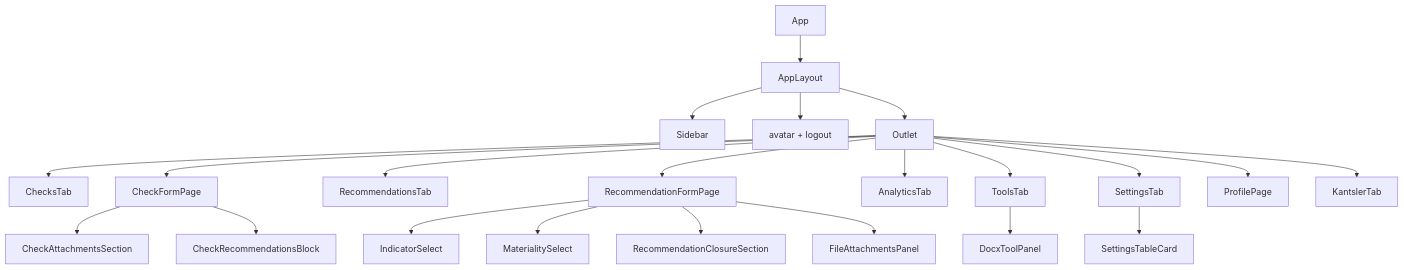
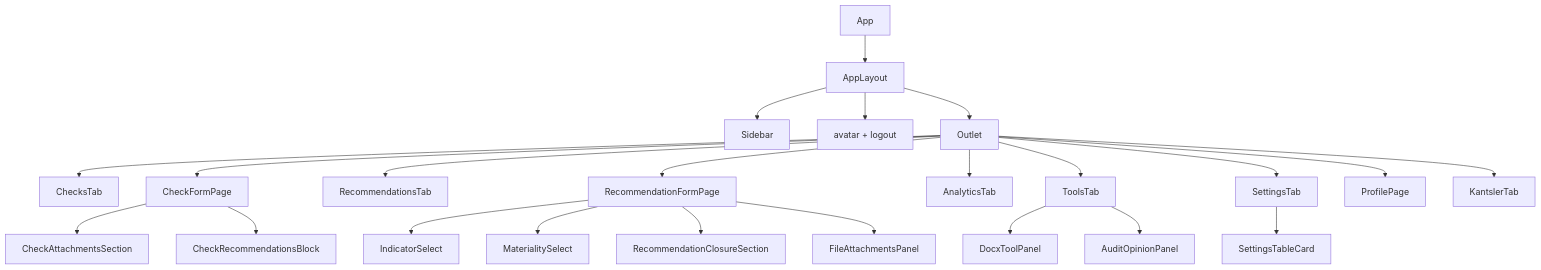
One commit to sweetd0vee/sokol changed the third of 7 diagrams in sokol-frontend/docs/ARCHITECTURE.md. Above: the diagram before and after it, drawn with Mermaid. The commit also changed other lines of this file and 51 other files, not shown here.

````diff
--- a/sokol-frontend/docs/ARCHITECTURE.md
+++ b/sokol-frontend/docs/ARCHITECTURE.md
@@ -121,27 +121,28 @@
 ```mermaid
 flowchart TB
   App --> AppLayout
   AppLayout --> Sidebar
   AppLayout --> Header[avatar + logout]
   AppLayout --> Outlet
 
   Outlet --> ChecksTab
   Outlet --> CheckFormPage
   CheckFormPage --> CheckAttachmentsSection
   CheckFormPage --> CheckRecommendationsBlock
 
   Outlet --> RecommendationsTab
   Outlet --> RecommendationFormPage
   RecommendationFormPage --> IndicatorSelect
   RecommendationFormPage --> MaterialitySelect
   RecommendationFormPage --> RecommendationClosureSection
   RecommendationFormPage --> FileAttachmentsPanel
 
   Outlet --> AnalyticsTab
   Outlet --> ToolsTab
   ToolsTab --> DocxToolPanel
+  ToolsTab --> AuditOpinionPanel
   Outlet --> SettingsTab
   SettingsTab --> SettingsTableCard
   Outlet --> ProfilePage
   Outlet --> KantslerTab
 ```
````
